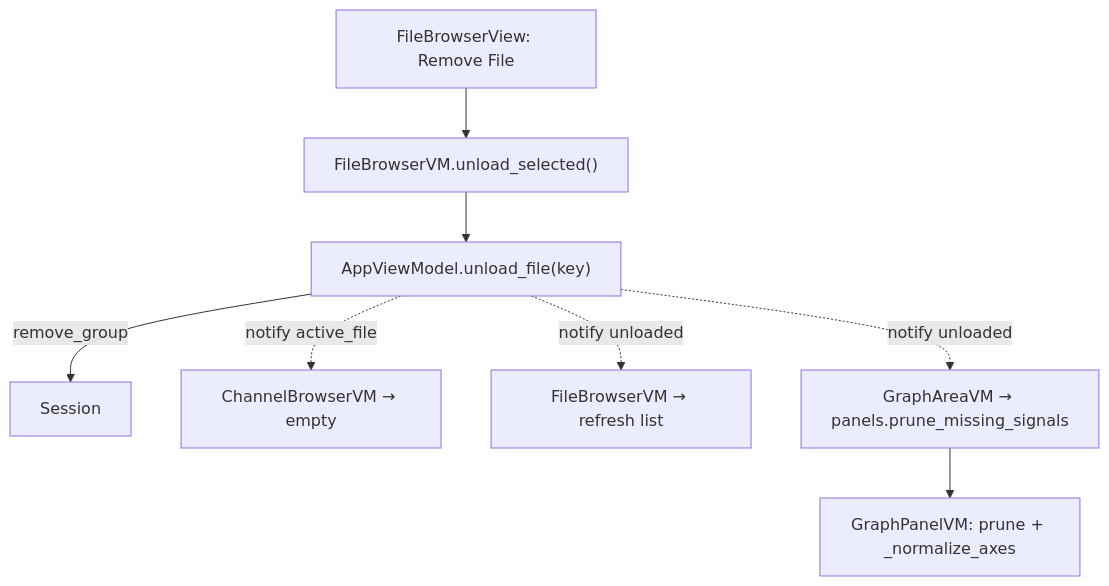
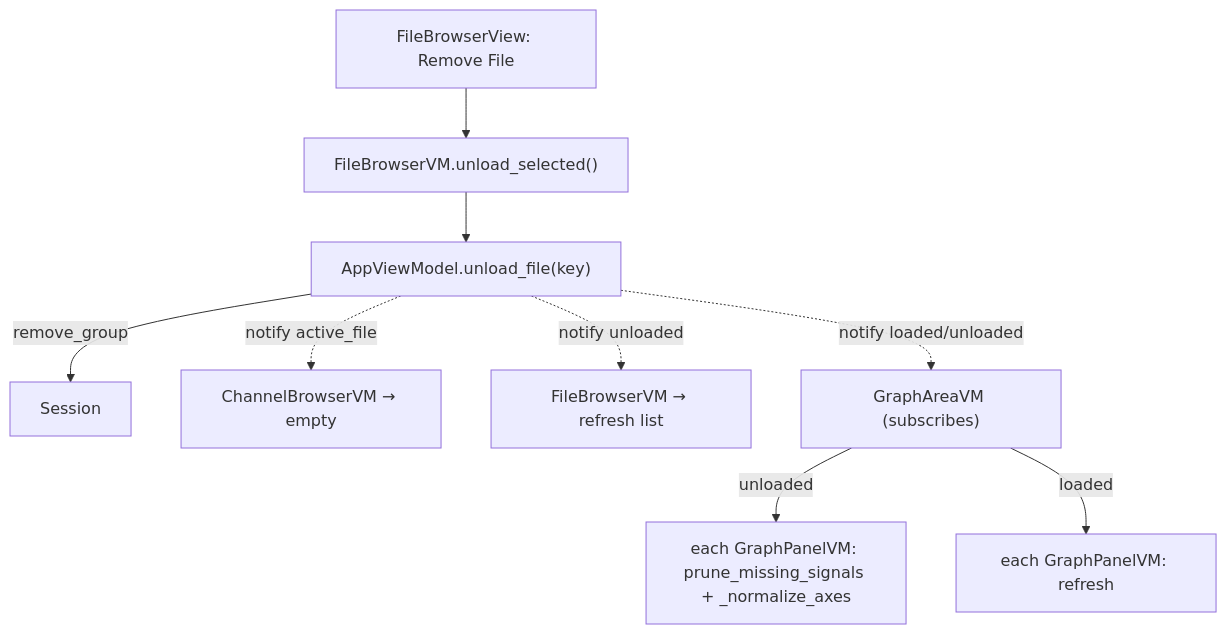
Before and after one commit to tsuru0413/valisync: the second of 2 diagrams in .kiro/specs/valisync-gui-file-browser/design.md, drawn with Mermaid. The commit also changed other lines of this file and 1 other file, not shown here.

````diff
--- a/.kiro/specs/valisync-gui-file-browser/design.md
+++ b/.kiro/specs/valisync-gui-file-browser/design.md
@@ -163,10 +169,11 @@
 ```mermaid
 graph TD
     CtxMenu["FileBrowserView: Remove File"] --> FBVM["FileBrowserVM.unload_selected()"]
     FBVM --> AppVM["AppViewModel.unload_file(key)"]
     AppVM -->|remove_group| Session[Session]
     AppVM -. notify active_file .-> CBVM[ChannelBrowserVM → empty]
     AppVM -. notify unloaded .-> FBVM2[FileBrowserVM → refresh list]
-    AppVM -. notify unloaded .-> GAVM[GraphAreaVM → panels.prune_missing_signals]
-    GAVM --> GPVM["GraphPanelVM: prune + _normalize_axes"]
+    AppVM -. notify loaded/unloaded .-> GAVM["GraphAreaVM (subscribes)"]
+    GAVM -->|unloaded| GPVM["each GraphPanelVM: prune_missing_signals + _normalize_axes"]
+    GAVM -->|loaded| GPVM2["each GraphPanelVM: refresh"]
 ```
````
